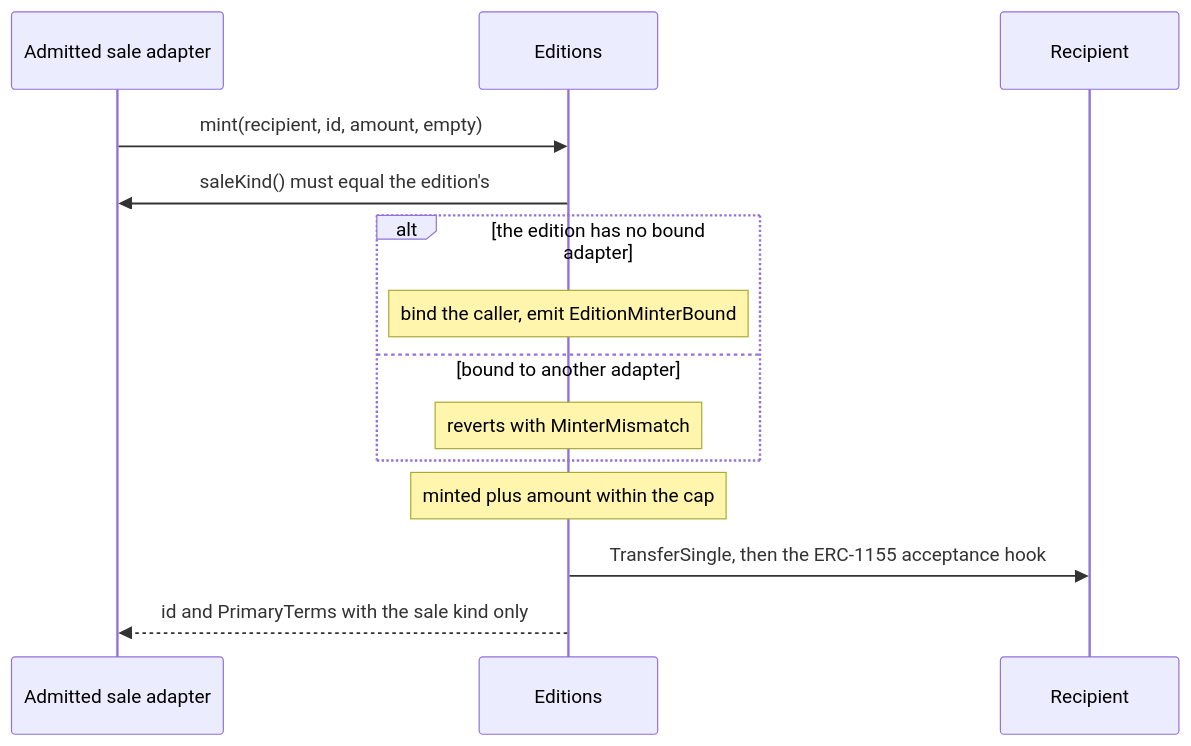
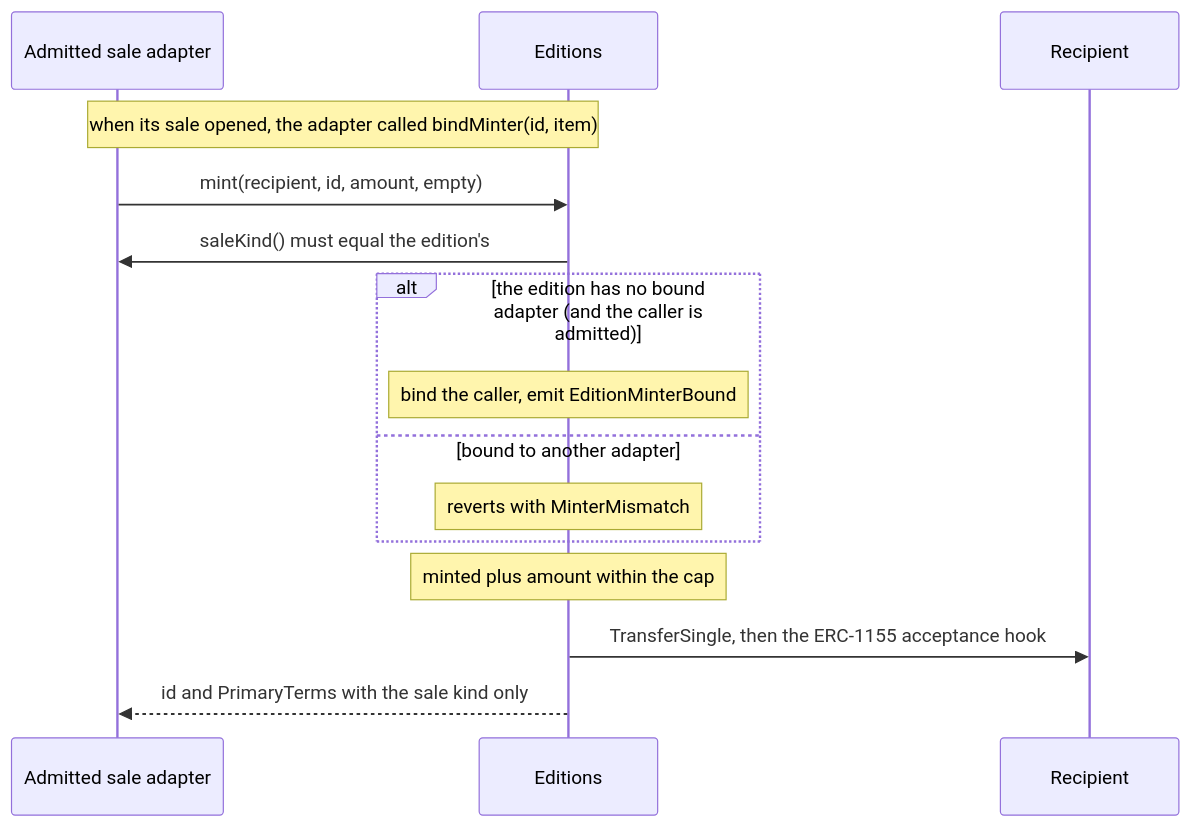
One commit to 6529-Collections/6529-works changed the third of 3 diagrams in docs/spec/editions-and-sales.md. Above: the diagram before and after it, drawn with Mermaid. The commit also changed other lines of this file and 60 other files, not shown here.

First line of the commit message:
rc.2 L2: the uniform-price edition auction (UniformEditionAuction and its lens) (#77)

````diff
--- a/docs/spec/editions-and-sales.md
+++ b/docs/spec/editions-and-sales.md
@@ -220,16 +235,17 @@
 ```mermaid
 sequenceDiagram
     participant Adapter as Admitted sale adapter
     participant Ed as Editions
     participant Buyer as Recipient
+    Note over Adapter,Ed: when its sale opened, the adapter called bindMinter(id, item)
     Adapter->>Ed: mint(recipient, id, amount, empty)
     Ed->>Adapter: saleKind() must equal the edition's
-    alt the edition has no bound adapter
+    alt the edition has no bound adapter (and the caller is admitted)
         Note over Ed: bind the caller, emit EditionMinterBound
     else bound to another adapter
         Note over Ed: reverts with MinterMismatch
     end
     Note over Ed: minted plus amount within the cap
     Ed->>Buyer: TransferSingle, then the ERC-1155 acceptance hook
     Ed-->>Adapter: id and PrimaryTerms with the sale kind only
 ```
````
